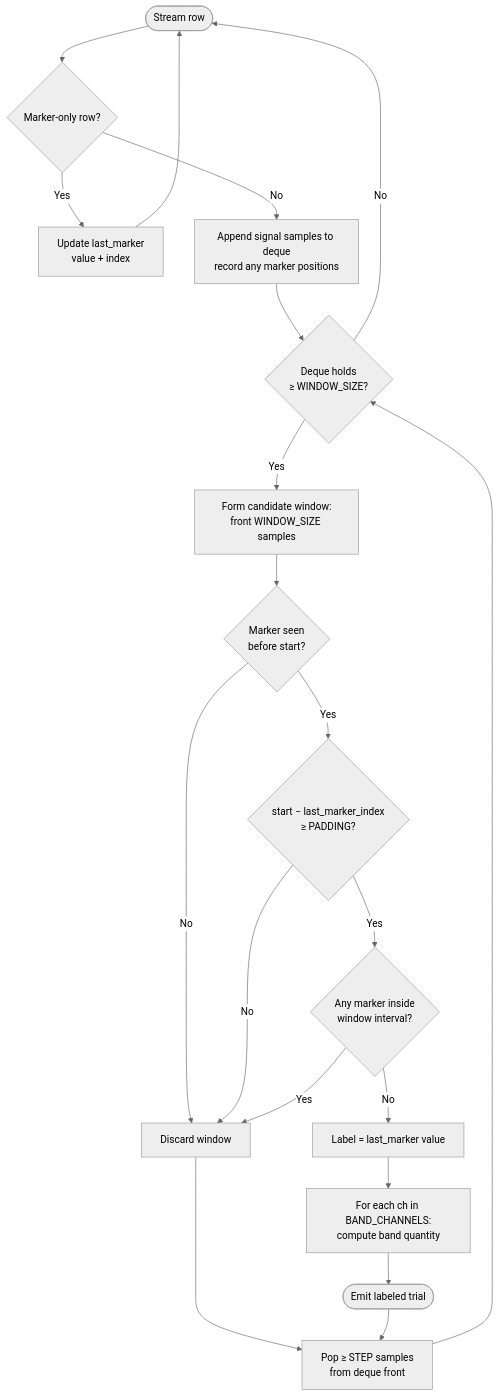
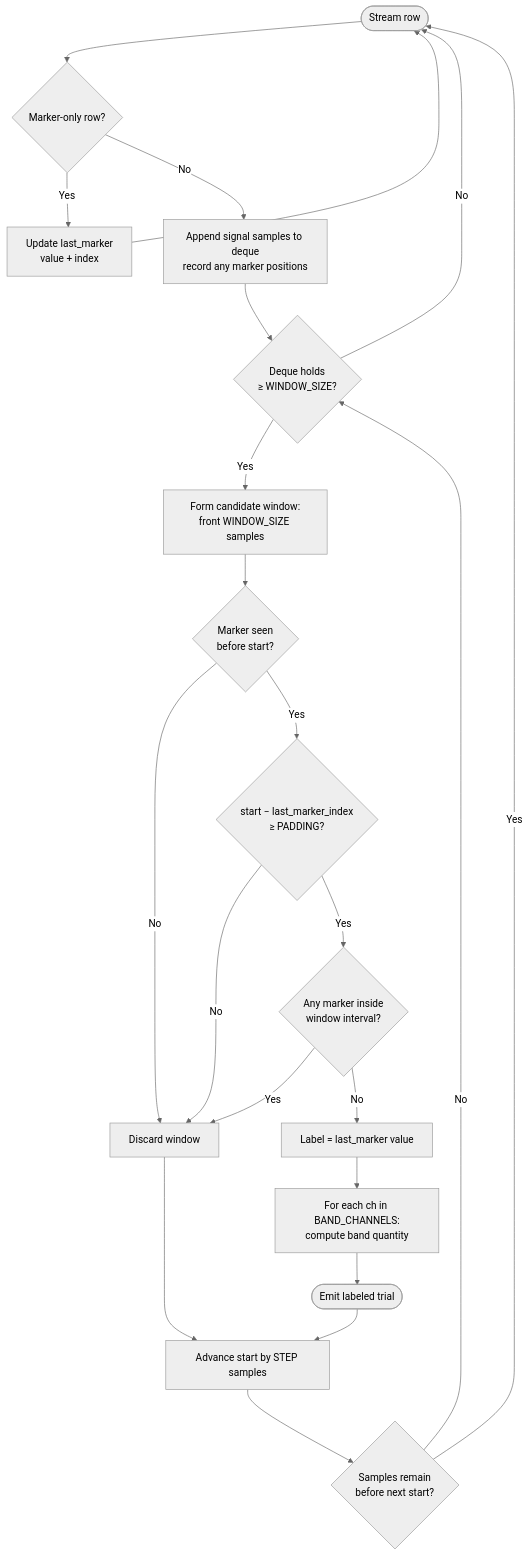
The diagram in assisted_motor_imagery_experiment/README.md (lukeTseb25/SPLAT), drawn with Mermaid (neutral theme) before and after one commit. The commit also changed other lines of this file and 3 other files, not shown here.

````diff
--- a/assisted_motor_imagery_experiment/README.md
+++ b/assisted_motor_imagery_experiment/README.md
@@ -82,22 +82,24 @@
 ```mermaid
 flowchart TD
     A([Stream row]) --> B{Marker-only row?}
     B -- Yes --> C[Update last_marker<br/>value + index]
     C --> A
     B -- No --> D[Append signal samples to deque<br/>record any marker positions]
     D --> E{Deque holds<br/>≥ WINDOW_SIZE?}
     E -- No --> A
     E -- Yes --> F[Form candidate window:<br/>front WINDOW_SIZE samples]
     F --> G{Marker seen<br/>before start?}
     G -- No --> X[Discard window]
     G -- Yes --> H{start − last_marker_index<br/>≥ PADDING?}
     H -- No --> X
     H -- Yes --> I{Any marker inside<br/>window interval?}
     I -- Yes --> X
     I -- No --> J[Label = last_marker value]
     J --> K[For each ch in BAND_CHANNELS:<br/>compute band quantity]
     K --> L([Emit labeled trial])
-    X --> M[Pop ≥ STEP samples<br/>from deque front]
+    X --> M[Advance start by STEP samples]
     L --> M
-    M --> E
+    M --> N{Samples remain<br/>before next start?}
+    N -- Yes --> A
+    N -- No --> E
 ```
````
